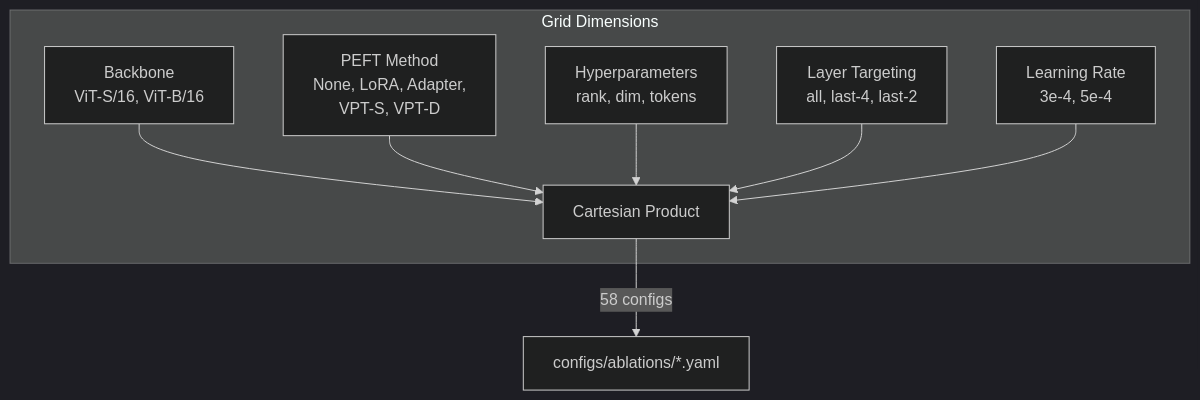
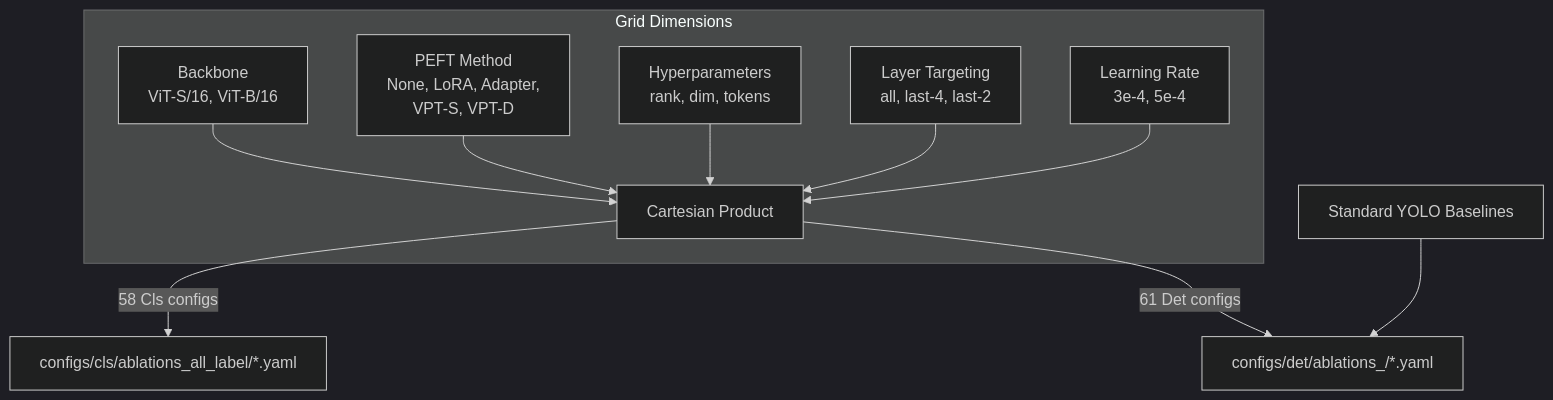
One commit to mamdaliof/Battery-Cell-Anomaly-Detection---Foundation-Model changed the sixth of 7 diagrams in docs/technical_details.md. Above: the diagram before and after it, drawn with Mermaid (dark theme). The commit also changed other lines of this file and 11 other files, not shown here.

````diff
--- a/docs/technical_details.md
+++ b/docs/technical_details.md
@@ -389,12 +408,14 @@
 ```mermaid
 graph TD
     subgraph Grid Dimensions
         B["Backbone<br/>ViT-S/16, ViT-B/16"] --> Grid["Cartesian Product"]
         P["PEFT Method<br/>None, LoRA, Adapter,<br/>VPT-S, VPT-D"] --> Grid
         H["Hyperparameters<br/>rank, dim, tokens"] --> Grid
         L["Layer Targeting<br/>all, last-4, last-2"] --> Grid
         LR["Learning Rate<br/>3e-4, 5e-4"] --> Grid
     end
 
-    Grid --> |"58 configs"| Out["configs/ablations/*.yaml"]
+    Grid --> |"58 Cls configs"| OutCls["configs/cls/ablations_all_label/*.yaml"]
+    Grid --> |"61 Det configs"| OutDet["configs/det/ablations_<strategy>/*.yaml"]
+    YoloBaselines["Standard YOLO Baselines"] --> OutDet
 ```
````
